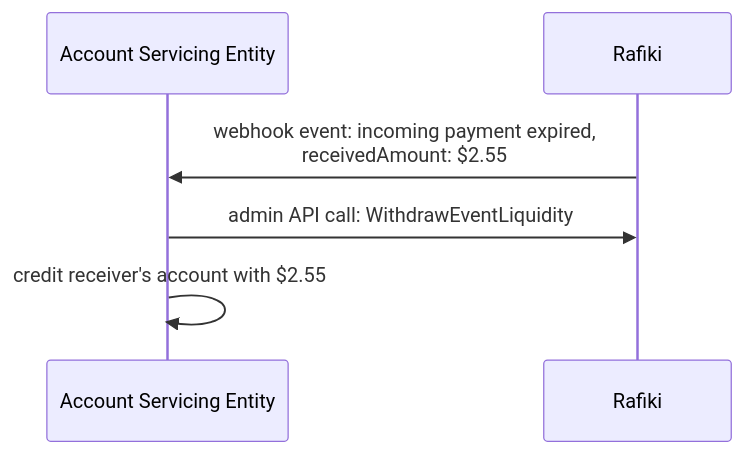
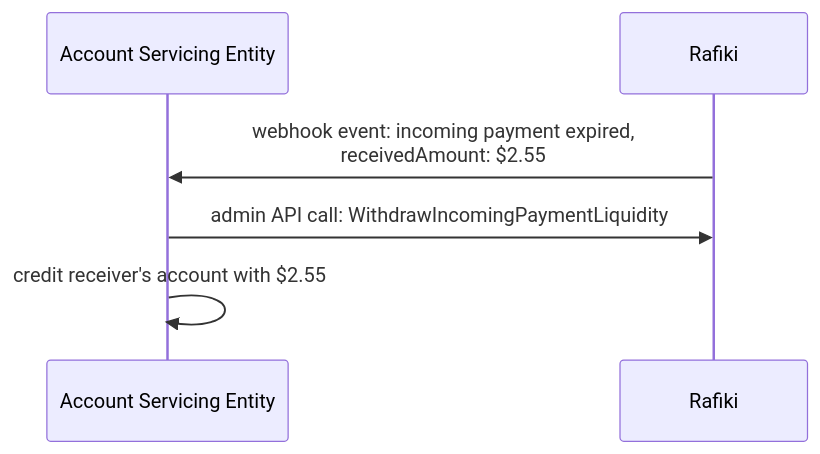
The third of 10 diagrams in packages/documentation/src/content/docs/integration/event-handlers.md (interledger/rafiki), drawn with Mermaid before and after one commit. The commit also changed other lines of this file and 1 other file, not shown here.

````diff
--- a/packages/documentation/src/content/docs/integration/event-handlers.md
+++ b/packages/documentation/src/content/docs/integration/event-handlers.md
@@ -46,11 +46,11 @@
 ```mermaid
 
 sequenceDiagram
 
 participant ASE as Account Servicing Entity
 participant R as Rafiki
 
 R->>ASE: webhook event: incoming payment expired,<br>receivedAmount: $2.55
-ASE->>R: admin API call: WithdrawEventLiquidity
+ASE->>R: admin API call: WithdrawIncomingPaymentLiquidity
 ASE->>ASE: credit receiver's account with $2.55
 ```
````
